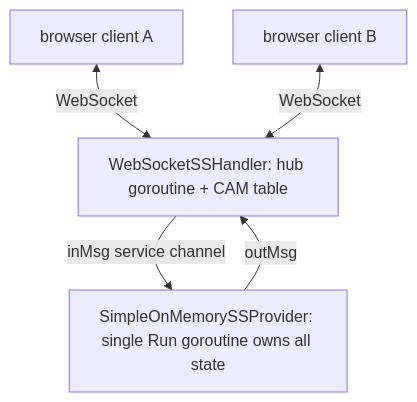
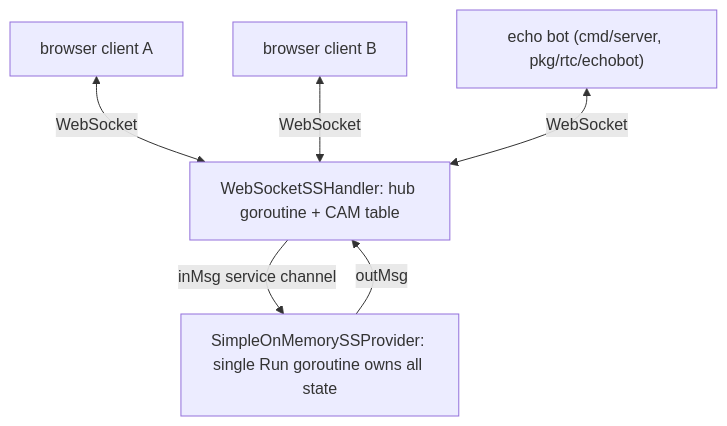
Before and after one commit to cmpxchg16b-nop/personal-site: the diagram in docs/signalling-server.md, drawn with Mermaid. The commit also changed other lines of this file and 45 other files, not shown here.

Commit message:
Added RTC bot

````diff
--- a/docs/signalling-server.md
+++ b/docs/signalling-server.md
@@ -19,7 +24,8 @@
 ```mermaid
 graph TD
     A[browser client A] <-->|WebSocket| H["WebSocketSSHandler: hub goroutine + CAM table"]
     B[browser client B] <-->|WebSocket| H
+    C["echo bot (cmd/server, pkg/rtc/echobot)"] <-->|WebSocket| H
     H -->|inMsg service channel| P["SimpleOnMemorySSProvider: single Run goroutine owns all state"]
     P -->|outMsg| H
 ```
````
